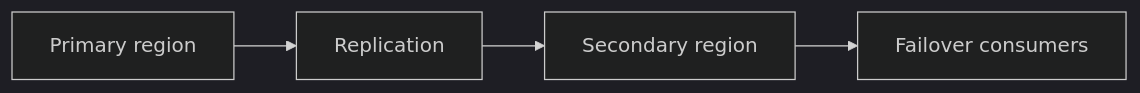
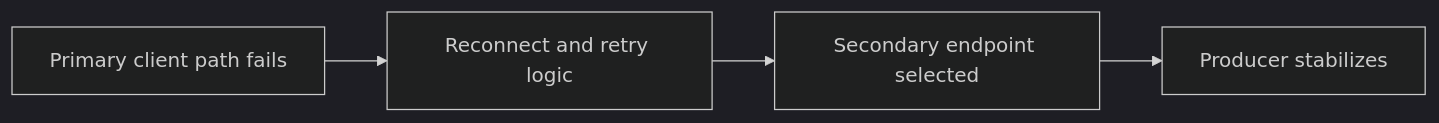
Before and after one commit to sandeepbhardwaj/sandeepbhardwaj.github.io: the diagram in _posts/2026-06-23-kafka-multi-region-replication-failover-part-2.md, drawn with Mermaid (dark theme). The commit also changed other lines of this file and 113 other files, not shown here.

````diff
--- a/_posts/2026-06-23-kafka-multi-region-replication-failover-part-2.md
+++ b/_posts/2026-06-23-kafka-multi-region-replication-failover-part-2.md
@@ -125,6 +68,6 @@
-        ```mermaid
+```mermaid
 flowchart LR
-    A[Primary region] --> B[Replication]
-    B --> C[Secondary region]
-    C --> D[Failover consumers]
+    A[Primary client path fails] --> B[Reconnect and retry logic]
+    B --> C[Secondary endpoint selected]
+    C --> D[Producer stabilizes]
 ```
````
